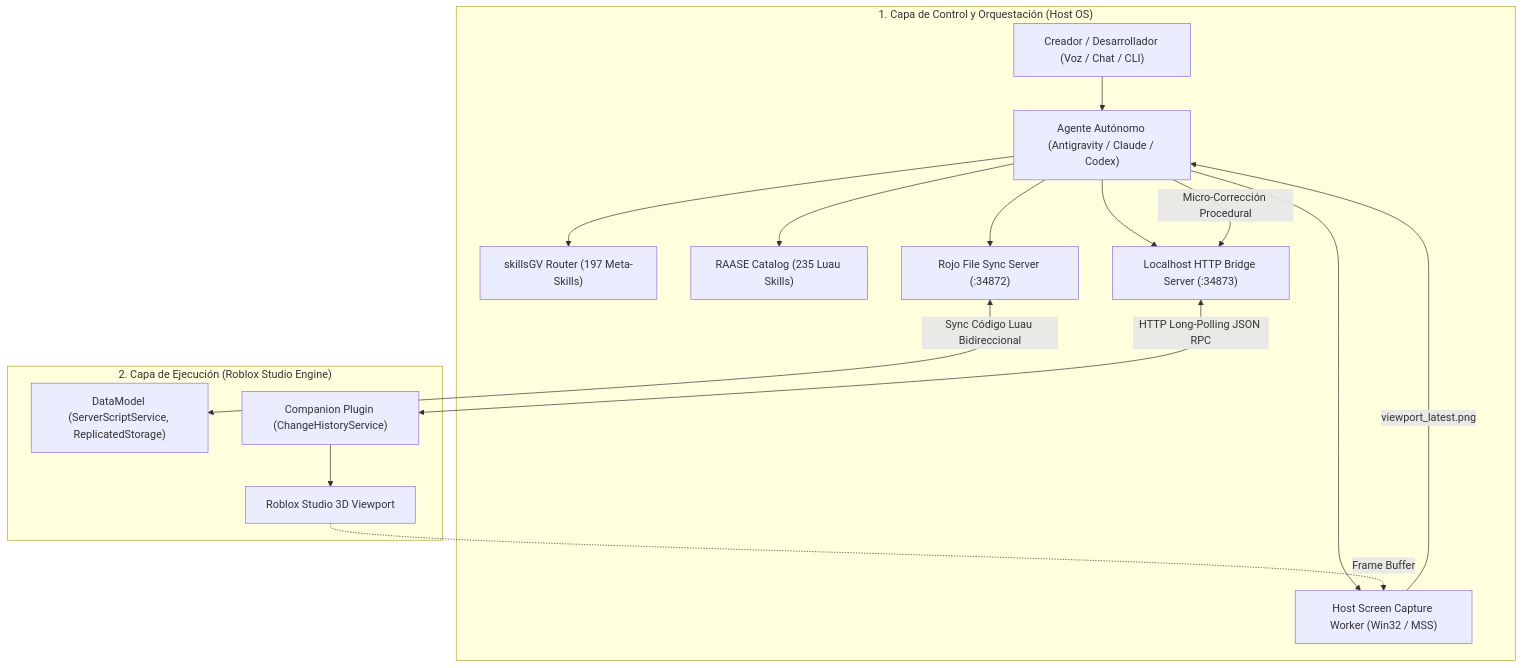
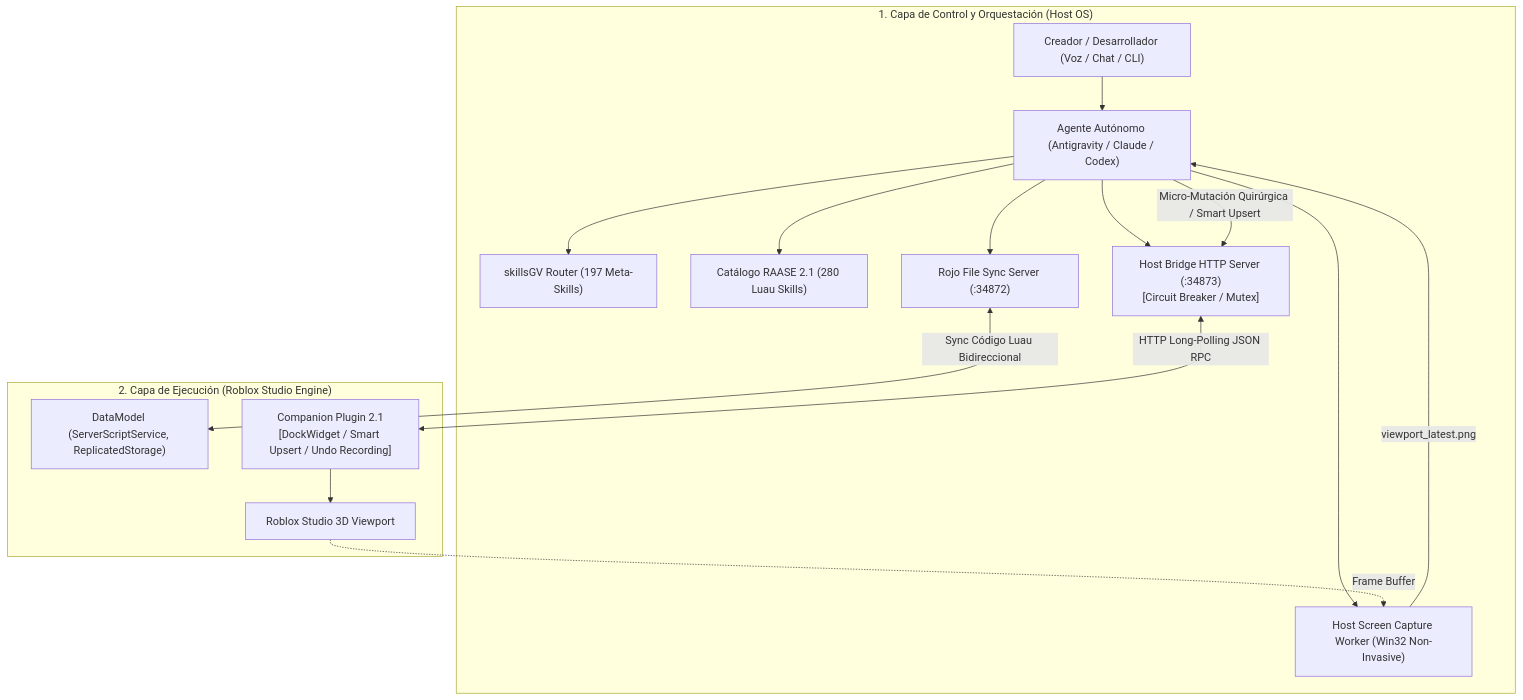
The diagram in README.md (Almuerzoloco123/robloxIA), drawn with Mermaid before and after one commit. The commit also changed other lines of this file and 2 other files, not shown here.

Commit message:
docs: comprehensive update of README.md for RAASE 2.1 with changelog and resolved bugs

````diff
--- a/README.md
+++ b/README.md
@@ -16,21 +16,21 @@
 ```mermaid
 flowchart TD
     subgraph HostPlane ["1. Capa de Control y Orquestación (Host OS)"]
         User["Creador / Desarrollador (Voz / Chat / CLI)"] --> Agent["Agente Autónomo (Antigravity / Claude / Codex)"]
         Agent --> Router["skillsGV Router (197 Meta-Skills)"]
-        Agent --> Catalog["RAASE Catalog (235 Luau Skills)"]
-        Agent --> Bridge["Localhost HTTP Bridge Server (:34873)"]
+        Agent --> Catalog["Catálogo RAASE 2.1 (280 Luau Skills)"]
+        Agent --> Bridge["Host Bridge HTTP Server (:34873)\n[Circuit Breaker / Mutex]"]
         Agent --> Rojo["Rojo File Sync Server (:34872)"]
-        Agent --> VisionWorker["Host Screen Capture Worker (Win32 / MSS)"]
+        Agent --> VisionWorker["Host Screen Capture Worker (Win32 Non-Invasive)"]
     end
 
     subgraph StudioPlane ["2. Capa de Ejecución (Roblox Studio Engine)"]
         Rojo <-->|Sync Código Luau Bidireccional| DataModel["DataModel (ServerScriptService, ReplicatedStorage)"]
-        Bridge <-->|HTTP Long-Polling JSON RPC| CompanionPlugin["Companion Plugin (ChangeHistoryService)"]
+        Bridge <-->|HTTP Long-Polling JSON RPC| CompanionPlugin["Companion Plugin 2.1\n[DockWidget / Smart Upsert / Undo Recording]"]
         CompanionPlugin --> Viewport["Roblox Studio 3D Viewport"]
         Viewport -.->|Frame Buffer| VisionWorker
     end
 
     VisionWorker -->|viewport_latest.png| Agent
-    Agent -->|Micro-Corrección Procedural| Bridge
+    Agent -->|Micro-Mutación Quirúrgica / Smart Upsert| Bridge
 ```
````
